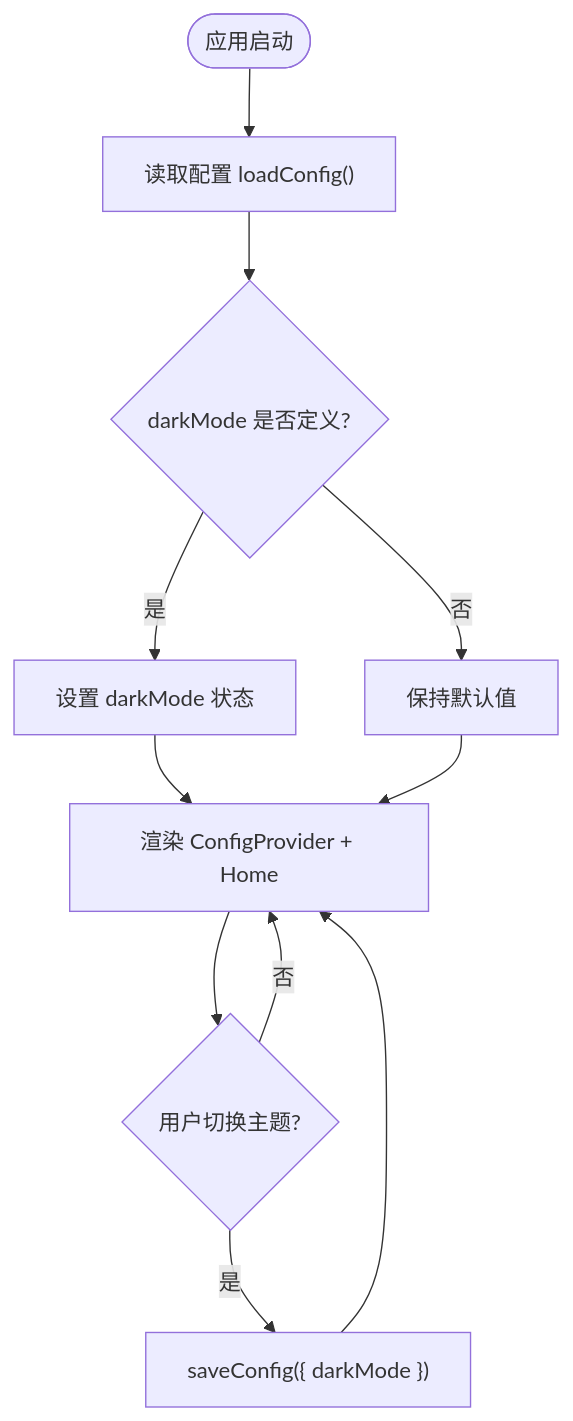
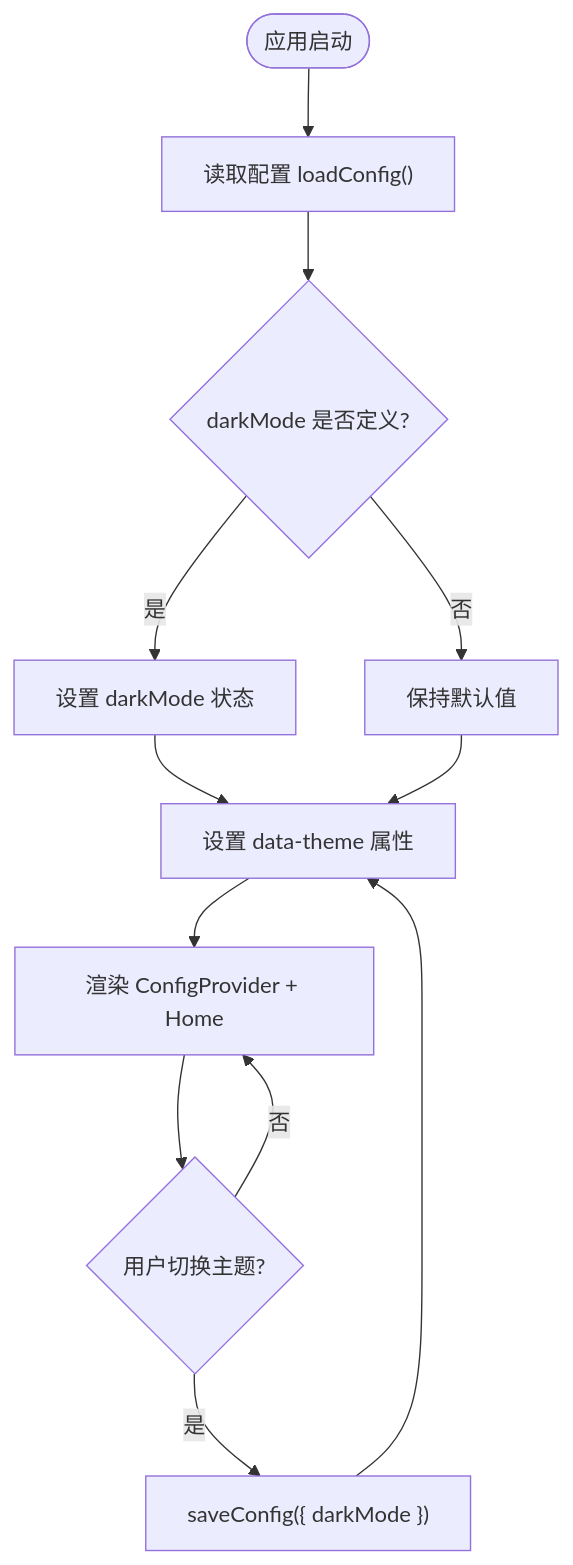
One commit to HoarfrostKimi/Video-Merger changed the third of 5 diagrams in .qoder/repowiki/zh/content/用户界面.md. Above: the diagram before and after it, drawn with Mermaid. The commit also changed other lines of this file and 43 other files, not shown here.

````diff
--- a/.qoder/repowiki/zh/content/用户界面.md
+++ b/.qoder/repowiki/zh/content/用户界面.md
@@ -174,13 +183,14 @@
 ```mermaid
 flowchart TD
 Start(["应用启动"]) --> LoadCfg["读取配置 loadConfig()"]
 LoadCfg --> SetTheme{"darkMode 是否定义?"}
 SetTheme --> |是| Apply["设置 darkMode 状态"]
 SetTheme --> |否| Default["保持默认值"]
-Apply --> Render["渲染 ConfigProvider + Home"]
-Default --> Render
+Apply --> SetDataAttr["设置 data-theme 属性"]
+Default --> SetDataAttr
+SetDataAttr --> Render["渲染 ConfigProvider + Home"]
 Render --> Toggle{"用户切换主题?"}
 Toggle --> |是| SaveCfg["saveConfig({ darkMode })"]
-SaveCfg --> Render
+SaveCfg --> SetDataAttr
 Toggle --> |否| Render
 ```
````
